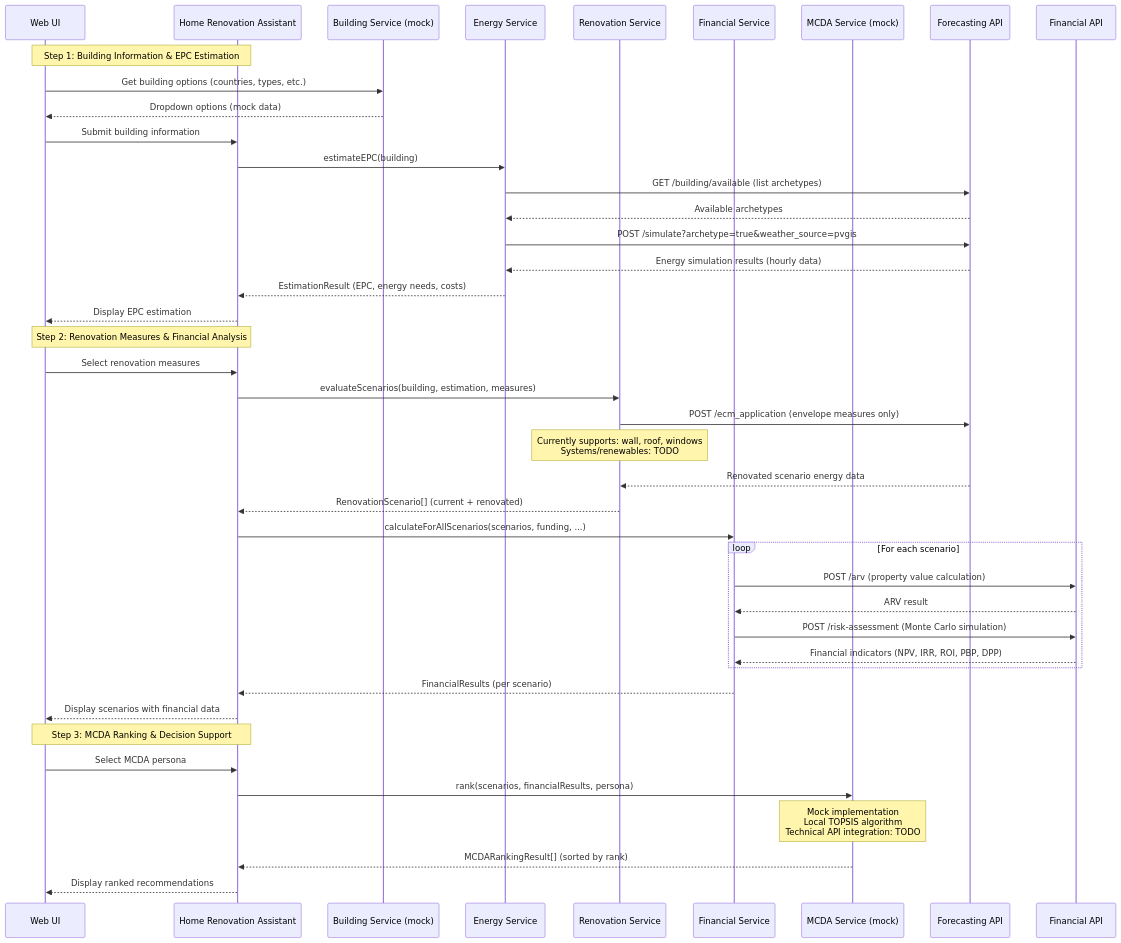
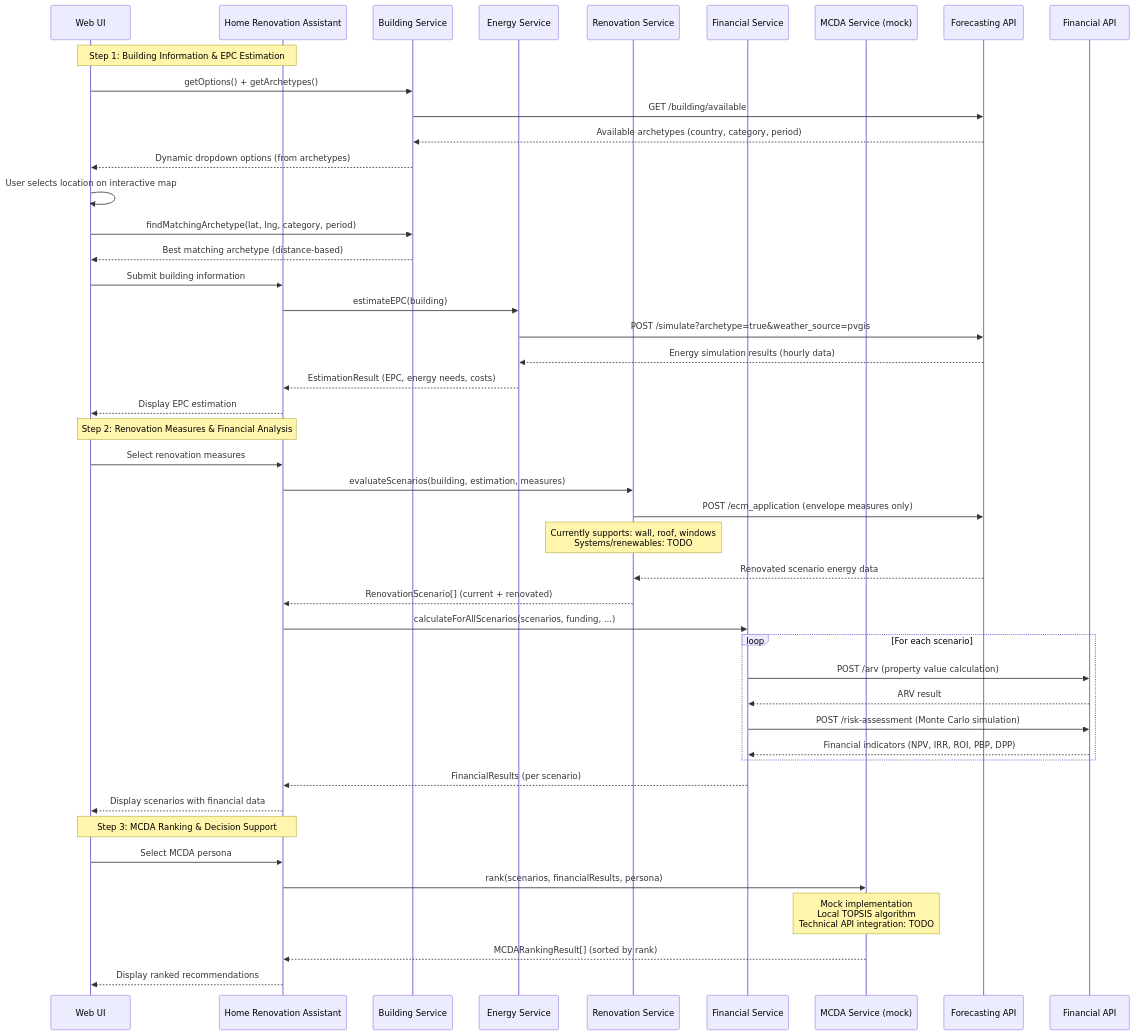
One commit to ReLIFE-Project-EU/relife-web-ui changed the first of 3 diagrams in README.md. Above: the diagram before and after it, drawn with Mermaid. The commit also changed other lines of this file, not shown here.

Commit message:
📝 Update architecture docs: HRA uses real Building Service; PRA portfolio manager details

````diff
--- a/README.md
+++ b/README.md
@@ -27,49 +27,52 @@
 ```mermaid
 sequenceDiagram
     participant UI as Web UI
     participant HRA as Home Renovation Assistant
-    participant BuildingSvc as Building Service (mock)
+    participant BuildingSvc as Building Service
     participant EnergySvc as Energy Service
     participant RenovationSvc as Renovation Service
     participant FinancialSvc as Financial Service
     participant MCDASvc as MCDA Service (mock)
     participant FCAST as Forecasting API
     participant FIN as Financial API
 
     Note over UI,HRA: Step 1: Building Information & EPC Estimation
-    UI->>BuildingSvc: Get building options (countries, types, etc.)
-    BuildingSvc-->>UI: Dropdown options (mock data)
+    UI->>BuildingSvc: getOptions() + getArchetypes()
+    BuildingSvc->>FCAST: GET /building/available
+    FCAST-->>BuildingSvc: Available archetypes (country, category, period)
+    BuildingSvc-->>UI: Dynamic dropdown options (from archetypes)
+    UI->>UI: User selects location on interactive map
+    UI->>BuildingSvc: findMatchingArchetype(lat, lng, category, period)
+    BuildingSvc-->>UI: Best matching archetype (distance-based)
     UI->>HRA: Submit building information
     HRA->>EnergySvc: estimateEPC(building)
-    EnergySvc->>FCAST: GET /building/available (list archetypes)
-    FCAST-->>EnergySvc: Available archetypes
     EnergySvc->>FCAST: POST /simulate?archetype=true&weather_source=pvgis
     FCAST-->>EnergySvc: Energy simulation results (hourly data)
     EnergySvc-->>HRA: EstimationResult (EPC, energy needs, costs)
     HRA-->>UI: Display EPC estimation
 
     Note over UI,HRA: Step 2: Renovation Measures & Financial Analysis
     UI->>HRA: Select renovation measures
     HRA->>RenovationSvc: evaluateScenarios(building, estimation, measures)
     RenovationSvc->>FCAST: POST /ecm_application (envelope measures only)
     Note over RenovationSvc: Currently supports: wall, roof, windows<br/>Systems/renewables: TODO
     FCAST-->>RenovationSvc: Renovated scenario energy data
     RenovationSvc-->>HRA: RenovationScenario[] (current + renovated)
 
     HRA->>FinancialSvc: calculateForAllScenarios(scenarios, funding, ...)
     loop For each scenario
         FinancialSvc->>FIN: POST /arv (property value calculation)
         FIN-->>FinancialSvc: ARV result
         FinancialSvc->>FIN: POST /risk-assessment (Monte Carlo simulation)
         FIN-->>FinancialSvc: Financial indicators (NPV, IRR, ROI, PBP, DPP)
     end
     FinancialSvc-->>HRA: FinancialResults (per scenario)
     HRA-->>UI: Display scenarios with financial data
 
     Note over UI,HRA: Step 3: MCDA Ranking & Decision Support
     UI->>HRA: Select MCDA persona
     HRA->>MCDASvc: rank(scenarios, financialResults, persona)
     Note over MCDASvc: Mock implementation<br/>Local TOPSIS algorithm<br/>Technical API integration: TODO
     MCDASvc-->>HRA: MCDARankingResult[] (sorted by rank)
     HRA-->>UI: Display ranked recommendations
 ```
````
